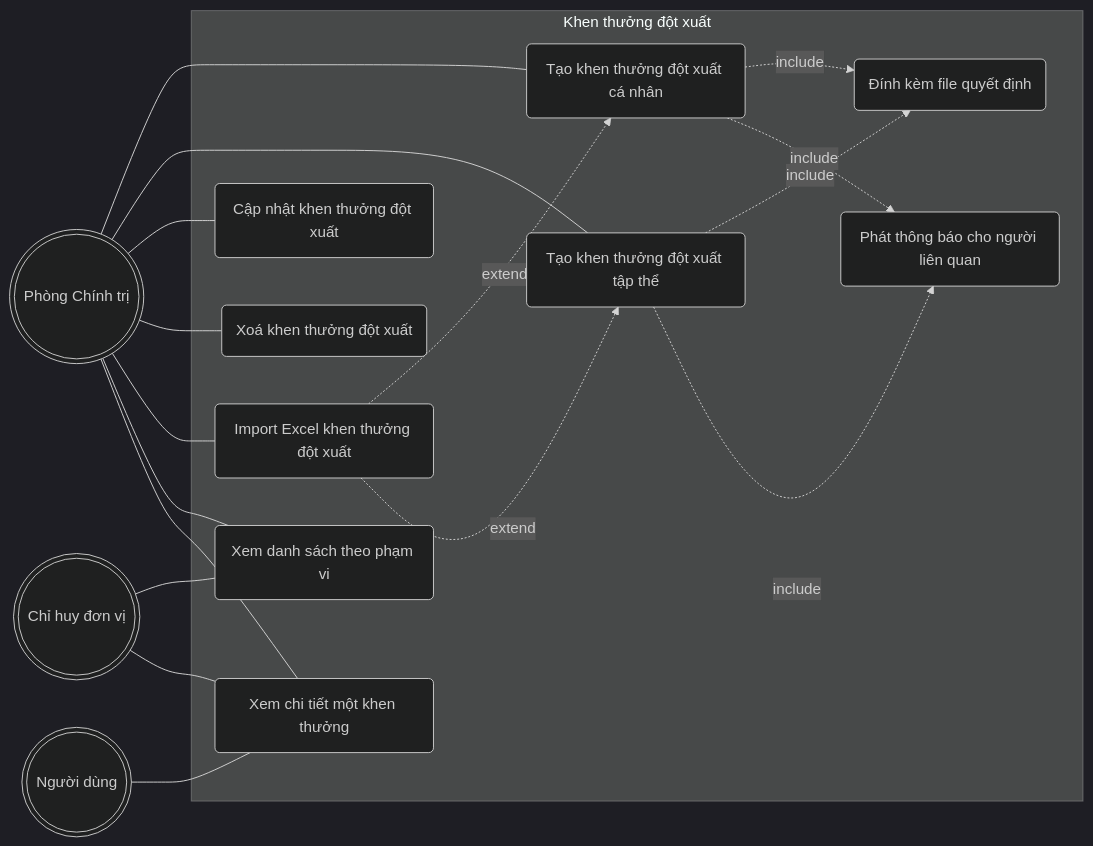
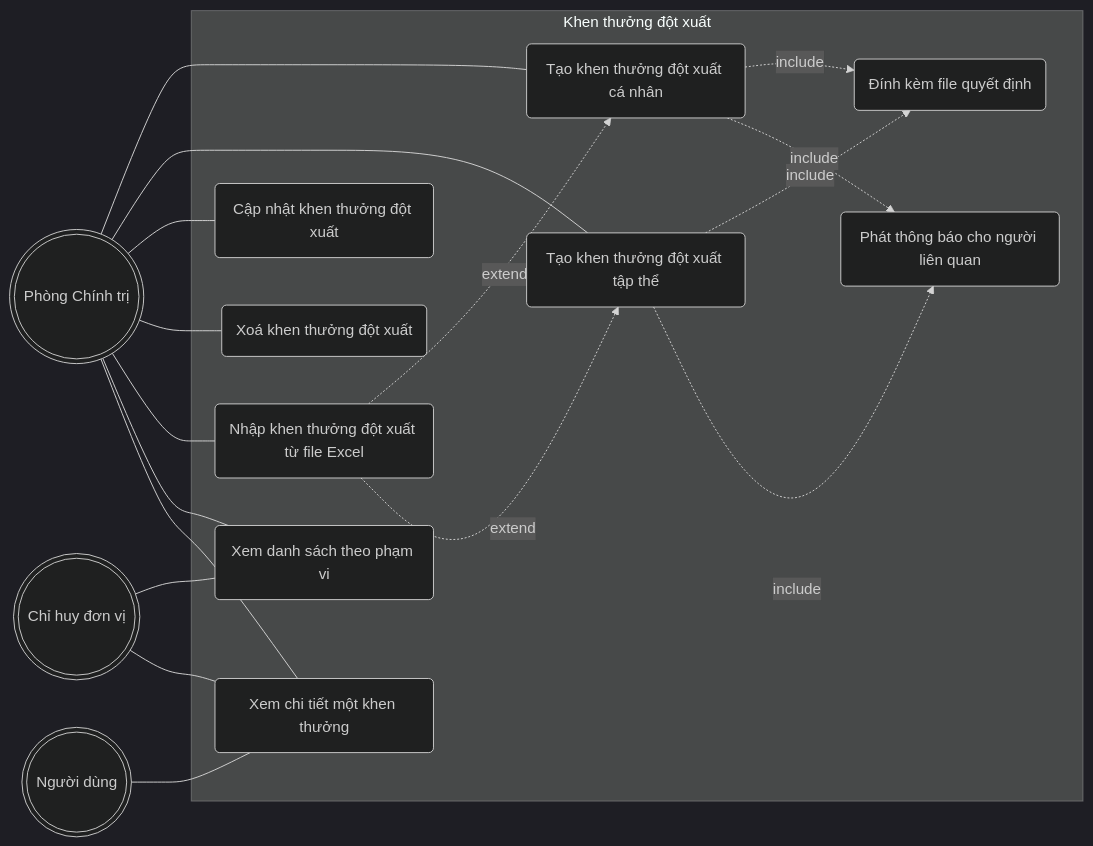
The ninth of 15 diagrams in docs/diagrams/01-use-case.md (tranducbk/DATN_PM_QLKT), drawn with Mermaid (dark theme) before and after one commit. The commit also changed other lines of this file and 29 other files, not shown here.

First line of the commit message:
Update CLAUDE.md with additional validation rules and introduce new database schema

````diff
--- a/docs/diagrams/01-use-case.md
+++ b/docs/diagrams/01-use-case.md
@@ -465,38 +463,38 @@
 ```mermaid
 flowchart LR
     AD(((Phòng Chính trị)))
     MG(((Chỉ huy đơn vị)))
     US(((Người dùng)))
 
     subgraph SYS[Khen thưởng đột xuất]
         UC1(Tạo khen thưởng đột xuất cá nhân)
         UC2(Tạo khen thưởng đột xuất tập thể)
         UC3(Cập nhật khen thưởng đột xuất)
         UC4(Xoá khen thưởng đột xuất)
         UC5(Đính kèm file quyết định)
-        UC6(Import Excel khen thưởng đột xuất)
+        UC6(Nhập khen thưởng đột xuất từ file Excel)
         UC7(Xem danh sách theo phạm vi)
         UC8(Xem chi tiết một khen thưởng)
         UC9(Phát thông báo cho người liên quan)
 
         UC1 -.->|include| UC5
         UC2 -.->|include| UC5
         UC1 -.->|include| UC9
         UC2 -.->|include| UC9
         UC6 -.->|extend| UC1
         UC6 -.->|extend| UC2
     end
 
     AD --- UC1
     AD --- UC2
     AD --- UC3
     AD --- UC4
     AD --- UC6
     AD --- UC7
     AD --- UC8
 
     MG --- UC7
     MG --- UC8
 
     US --- UC8
 ```
````
